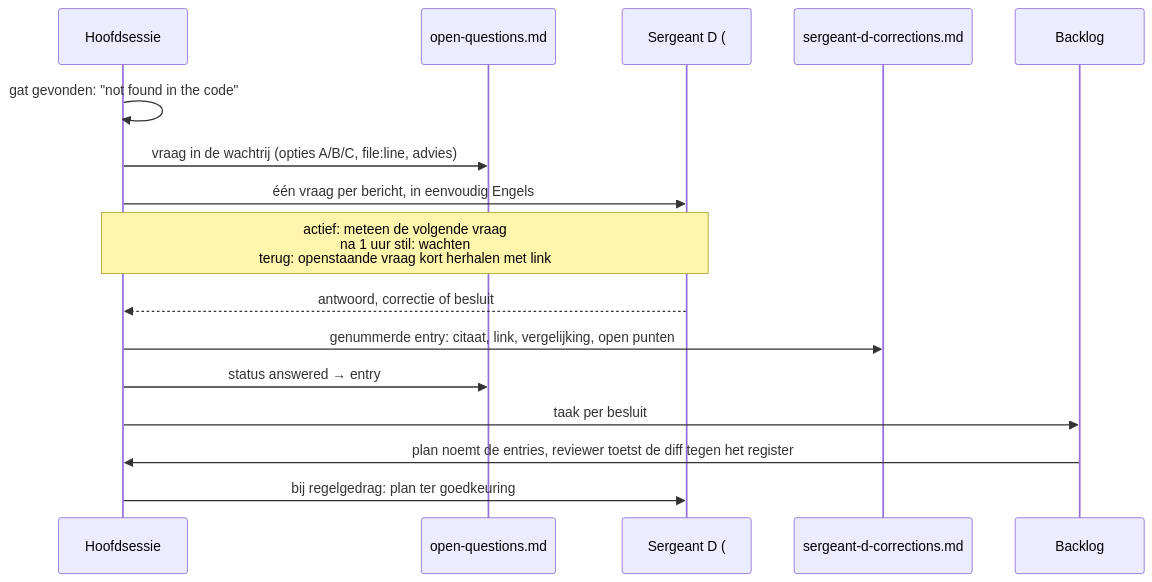
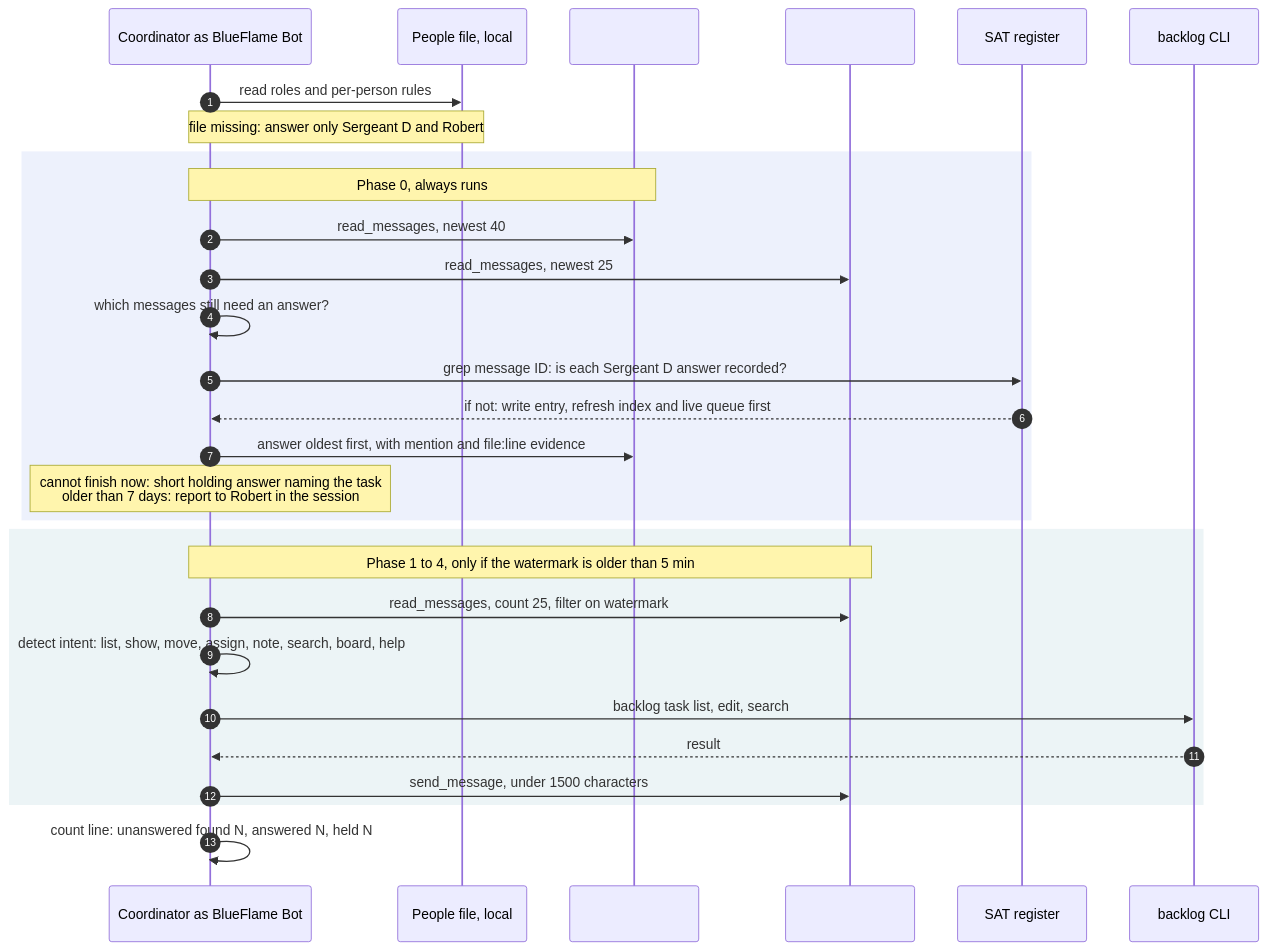
Before and after one commit to rvdbreemen/OTGW-firmware: diagram 15 of 48 in docs/process/agentic-setup.md, drawn with Mermaid. The commit also changed other lines of this file, not shown here.

First line of the commit message:
docs(process): TASK-1984 agentic-setup.md updated to 2026-11-15, with a BlueFlame Bot chapter

````diff
--- a/docs/process/agentic-setup.md
+++ b/docs/process/agentic-setup.md
@@ -265,18 +1054,31 @@
 ```mermaid
 sequenceDiagram
-  participant A as Hoofdsessie
-  participant Q as open-questions.md
-  participant D as Sergeant D (#alpha-testing / #dev-sat-mqtt)
-  participant R as sergeant-d-corrections.md
-  participant B as Backlog
-  A->>A: gat gevonden: "not found in the code"
-  A->>Q: vraag in de wachtrij (opties A/B/C, file:line, advies)
-  A->>D: één vraag per bericht, in eenvoudig Engels
-  Note over A,D: actief: meteen de volgende vraag<br/>na 1 uur stil: wachten<br/>terug: openstaande vraag kort herhalen met link
-  D-->>A: antwoord, correctie of besluit
-  A->>R: genummerde entry: citaat, link, vergelijking, open punten
-  A->>Q: status answered → entry
-  A->>B: taak per besluit
-  B->>A: plan noemt de entries, reviewer toetst de diff tegen het register
-  A->>D: bij regelgedrag: plan ter goedkeuring
+  autonumber
+  participant S as Coordinator as BlueFlame Bot
+  participant P as People file, local
+  participant A as #alpha-testing
+  participant D as #dev-sat-mqtt
+  participant R as SAT register
+  participant B as backlog CLI
+  S->>P: read roles and per-person rules
+  Note over S,P: file missing: answer only Sergeant D and Robert
+  rect rgba(29,78,216,0.08)
+  Note over S,A: Phase 0, always runs
+  S->>A: read_messages, newest 40
+  S->>D: read_messages, newest 25
+  S->>S: which messages still need an answer?
+  S->>R: grep message ID: is each Sergeant D answer recorded?
+  R-->>S: if not: write entry, refresh index and live queue first
+  S->>A: answer oldest first, with mention and file:line evidence
+  Note over S: cannot finish now: short holding answer naming the task<br/>older than 7 days: report to Robert in the session
+  end
+  rect rgba(14,116,144,0.08)
+  Note over S,D: Phase 1 to 4, only if the watermark is older than 5 min
+  S->>D: read_messages, count 25, filter on watermark
+  S->>S: detect intent: list, show, move, assign, note, search, board, help
+  S->>B: backlog task list, edit, search
+  B-->>S: result
+  S->>D: send_message, under 1500 characters
+  end
+  S->>S: count line: unanswered found N, answered N, held N
 ```
````
